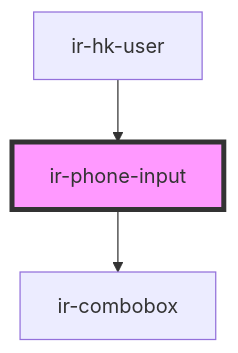
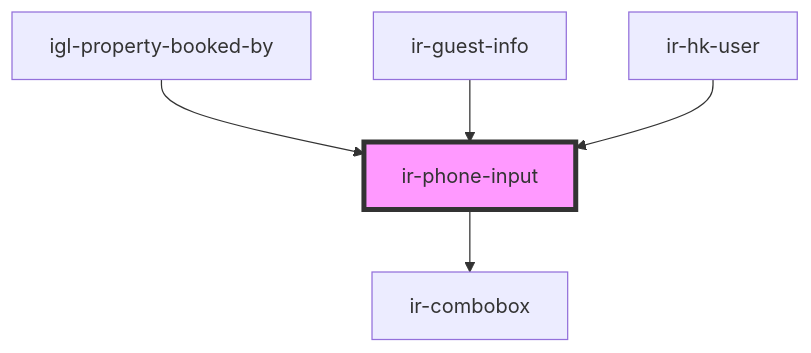
Before and after one commit to David1Chowaifaty/modified-ir-webcmp: the diagram in src/components/ir-phone-input/readme.md, drawn with Mermaid. The commit also changed other lines of this file and 22 other files, not shown here.

````diff
--- a/src/components/ir-phone-input/readme.md
+++ b/src/components/ir-phone-input/readme.md
@@ -41,6 +43,8 @@
 ```mermaid
 graph TD;
   ir-phone-input --> ir-combobox
+  igl-property-booked-by --> ir-phone-input
+  ir-guest-info --> ir-phone-input
   ir-hk-user --> ir-phone-input
   style ir-phone-input fill:#f9f,stroke:#333,stroke-width:4px
 ```
````
